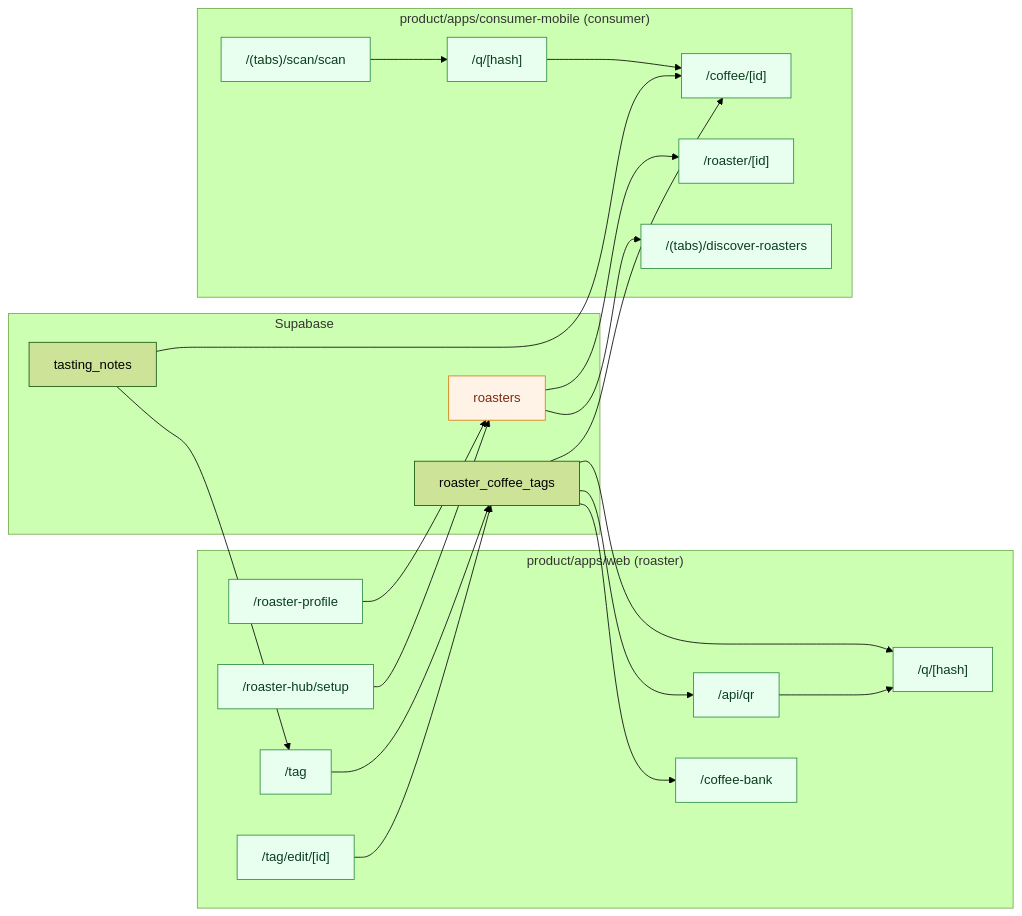
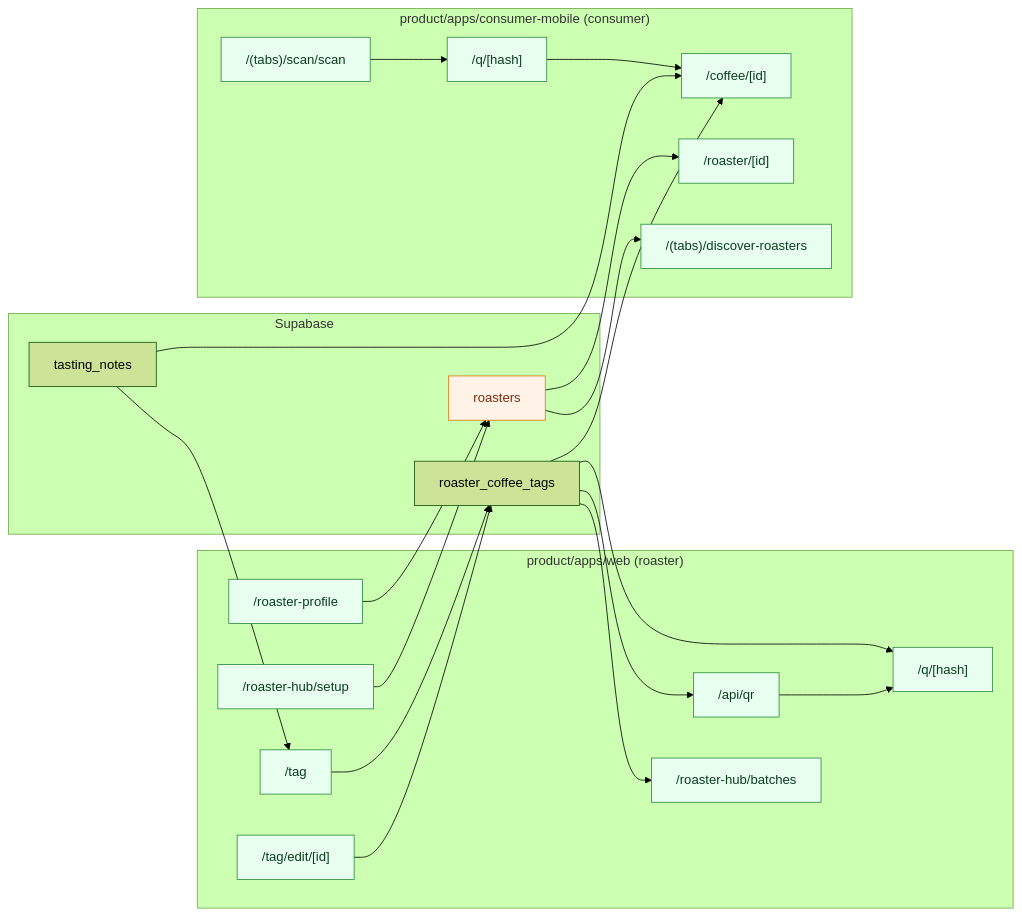
The second of 3 diagrams in meta/docs/funcup-web-mobile-data-flow-audit.md (pavuloncool/funbrew), drawn with Mermaid (forest theme) before and after one commit. The commit also changed other lines of this file and 147 other files, not shown here.

````diff
--- a/meta/docs/funcup-web-mobile-data-flow-audit.md
+++ b/meta/docs/funcup-web-mobile-data-flow-audit.md
@@ -220,48 +220,48 @@
 ```mermaid
 flowchart LR
   subgraph Web["product/apps/web (roaster)"]
     WRProfile["/roaster-profile"]
     WSetup["/roaster-hub/setup"]
     WTag["/tag"]
     WTagEdit["/tag/edit/[id]"]
-    WBank["/coffee-bank"]
+    WBank["/roaster-hub/batches"]
     WApiQr["/api/qr"]
     WPublic["/q/[hash]"]
   end
 
   subgraph DB["Supabase"]
     R["roasters"]
     T["roaster_coffee_tags"]
     TN["tasting_notes"]
   end
 
   subgraph Mobile["product/apps/consumer-mobile (consumer)"]
     MScan["/(tabs)/scan/scan"]
     MQ["/q/[hash]"]
     MCoffee["/coffee/[id]"]
     MDiscoverR["/(tabs)/discover-roasters"]
     MRoaster["/roaster/[id]"]
   end
 
   WRProfile --> R
   WSetup --> R
   WTag --> T
   WTagEdit --> T
   TN --> WTag
   T --> WBank
   T --> WApiQr
   WApiQr --> WPublic
   MScan --> MQ
   MQ --> MCoffee
   T --> WPublic
   T --> MCoffee
   TN --> MCoffee
   R --> MDiscoverR
   R --> MRoaster
 
   classDef ok fill:#e8fff0,stroke:#2b8a3e,color:#0b3d1e;
   classDef gap fill:#fff3e8,stroke:#d97706,color:#7c2d12;
 
   class WRProfile,WSetup,WTag,WTagEdit,WBank,WApiQr,WPublic,MScan,MQ,MCoffee,MDiscoverR,MRoaster ok;
   class R gap;
 ```
````
